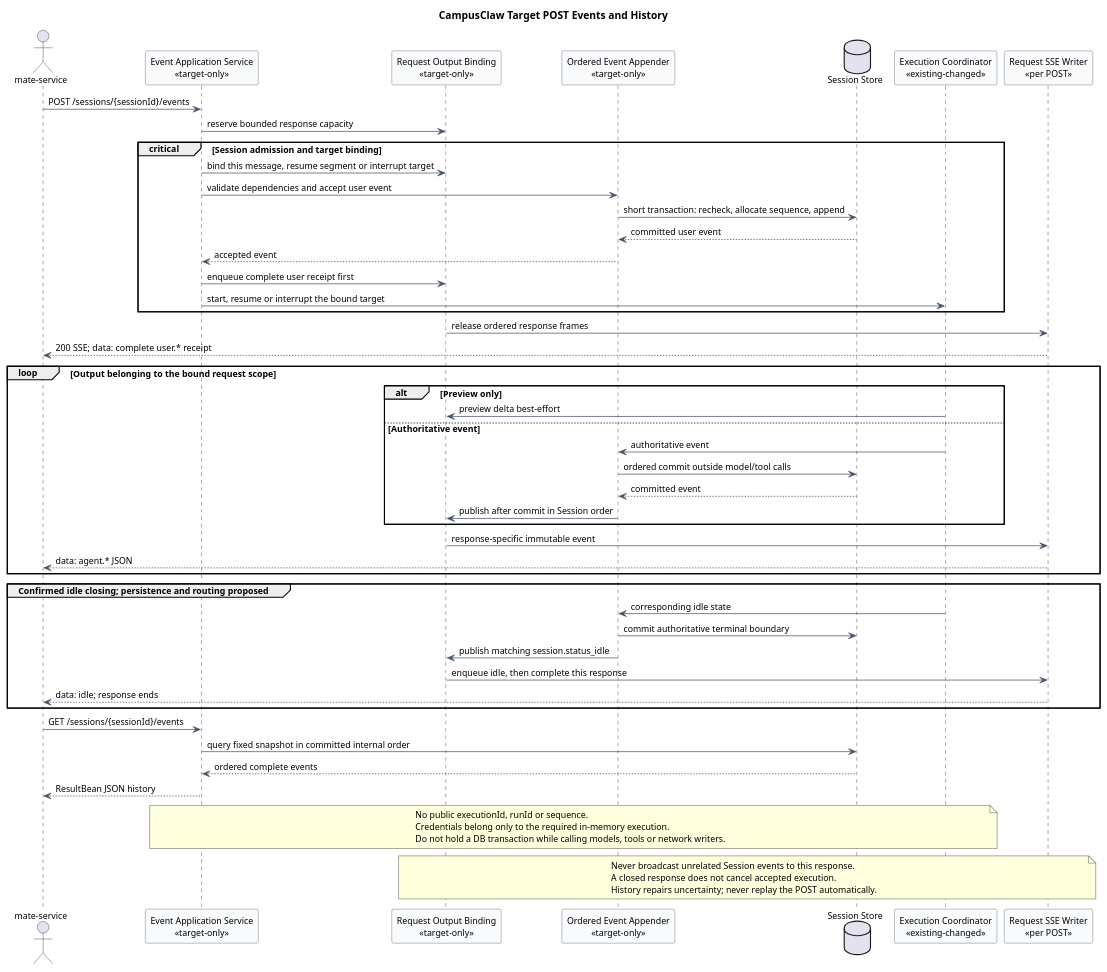
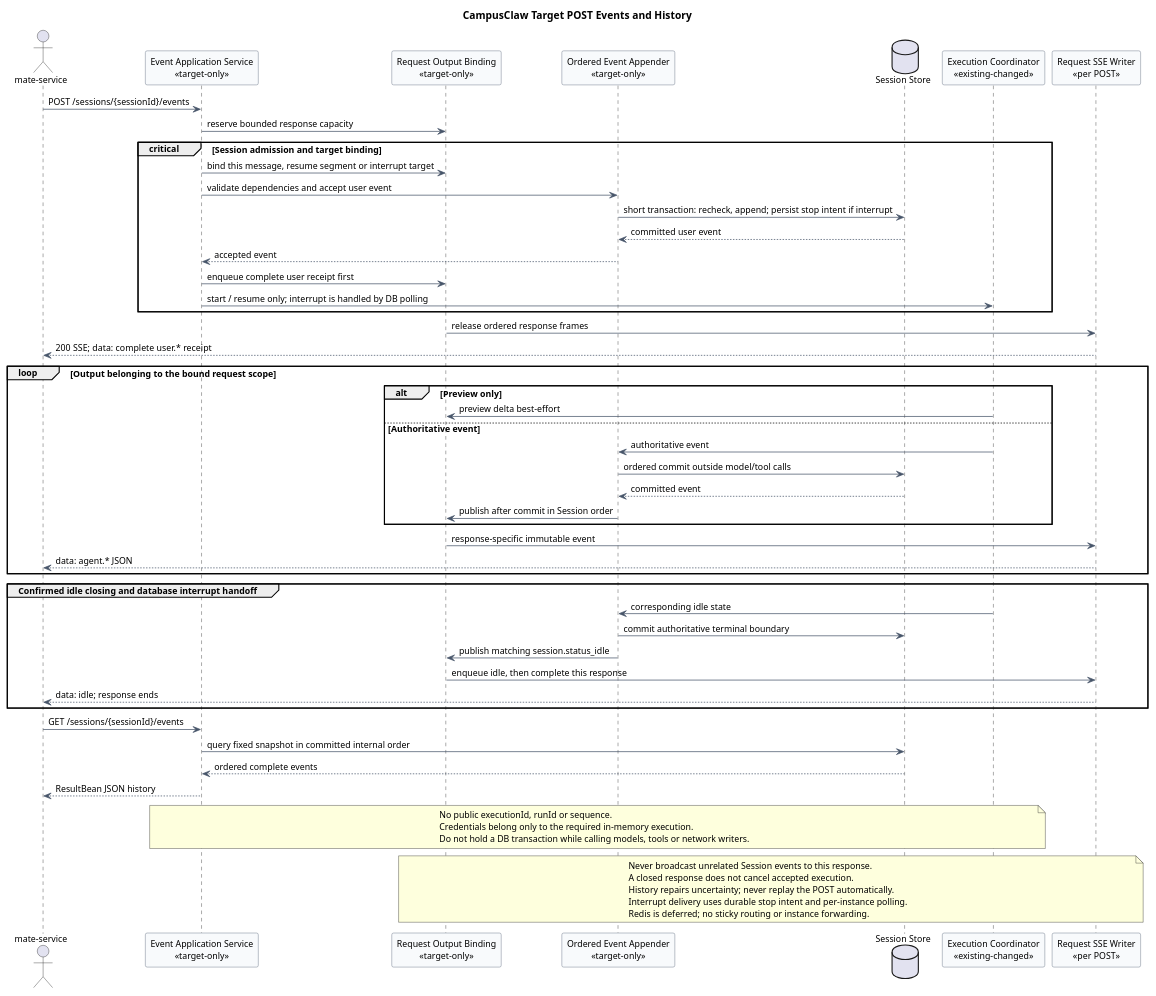
One commit to ssm0808/pi-mono-java-design changed the first of 5 diagrams in 01-总体架构/01-CampusClaw多Agent运行时/设计图/事件接口重设计/diagram.puml. Above: the diagram before and after it, drawn with PlantUML. The commit also changed other lines of this file and 14 other files, not shown here.

```diff
--- a/01-总体架构/01-CampusClaw多Agent运行时/设计图/事件接口重设计/diagram.puml
+++ b/01-总体架构/01-CampusClaw多Agent运行时/设计图/事件接口重设计/diagram.puml
@@ -1,79 +1,81 @@
 @startuml target_session_events_resource_model
 title CampusClaw Target POST Events and History
 ' Source evidence: pi-mono-java 918005ee8ccc88d179fc31a0de17a92b4a01383b.
 ' campusclaw/src/main/java/com/huawei/hicampus/claw/codingagent/runtimeapi/web/RuntimeEventController.java,
 ' submit/list, lines 61-91: POST SSE and GET history; no standalone read stream.
 ' campusclaw/src/main/java/com/huawei/hicampus/claw/codingagent/runtimeapi/event/RuntimeEventService.java,
 ' prepareAndSubmitLocked/acceptUserEntry, lines 101-141: persist message then start.
 ' These files are unchanged from a8192e047f4061bd385297d3dc6c4358362d0d49.
 ' Observed behavior: current Java already uses request-scoped POST SSE.
 ' Confirmed target architecture: combine submission and output in one POST;
 ' the first business frame is the complete accepted user event, exactly once.
 ' Design reason: remove the gap between a write and an independent live subscription.
 ' Target-only: union input, response projection, causal ordering and fixed snapshot.
 skinparam backgroundColor #FFFFFF
 skinparam shadowing false
 skinparam defaultFontName Arial
 skinparam defaultFontSize 12
 skinparam sequence {
   ParticipantBackgroundColor #F8FAFC
   ParticipantBorderColor #475569
   ArrowColor #475569
 }
 actor "mate-service" as Mate
 participant "Event Application Service\n<<target-only>>" as API
 participant "Request Output Binding\n<<target-only>>" as Binding
 participant "Ordered Event Appender\n<<target-only>>" as Append
 database "Session Store" as Store
 participant "Execution Coordinator\n<<existing-changed>>" as Execution
 participant "Request SSE Writer\n<<per POST>>" as Writer
 
 Mate -> API : POST /sessions/{sessionId}/events
 API -> Binding : reserve bounded response capacity
 critical Session admission and target binding
   API -> Binding : bind this message, resume segment or interrupt target
   API -> Append : validate dependencies and accept user event
-  Append -> Store : short transaction: recheck, allocate sequence, append
+  Append -> Store : short transaction: recheck, append; persist stop intent if interrupt
   Store --> Append : committed user event
   Append --> API : accepted event
   API -> Binding : enqueue complete user receipt first
-  API -> Execution : start, resume or interrupt the bound target
+  API -> Execution : start / resume only; interrupt is handled by DB polling
 end
 Binding -> Writer : release ordered response frames
 Writer --> Mate : 200 SSE; data: complete user.* receipt
 
 loop Output belonging to the bound request scope
   alt Preview only
     Execution -> Binding : preview delta best-effort
   else Authoritative event
     Execution -> Append : authoritative event
     Append -> Store : ordered commit outside model/tool calls
     Store --> Append : committed event
     Append -> Binding : publish after commit in Session order
   end
   Binding -> Writer : response-specific immutable event
   Writer --> Mate : data: agent.* JSON
 end
-group Confirmed idle closing; persistence and routing proposed
+group Confirmed idle closing and database interrupt handoff
   Execution -> Append : corresponding idle state
   Append -> Store : commit authoritative terminal boundary
   Append -> Binding : publish matching session.status_idle
   Binding -> Writer : enqueue idle, then complete this response
   Writer --> Mate : data: idle; response ends
 end
 Mate -> API : GET /sessions/{sessionId}/events
 API -> Store : query fixed snapshot in committed internal order
 Store --> API : ordered complete events
 API --> Mate : ResultBean JSON history
 
 note over API,Execution
 No public executionId, runId or sequence.
 Credentials belong only to the required in-memory execution.
 Do not hold a DB transaction while calling models, tools or network writers.
 end note
 note over Binding,Writer
 Never broadcast unrelated Session events to this response.
 A closed response does not cancel accepted execution.
 History repairs uncertainty; never replay the POST automatically.
+Interrupt delivery uses durable stop intent and per-instance polling.
+Redis is deferred; no sticky routing or instance forwarding.
 end note
 @enduml
```
